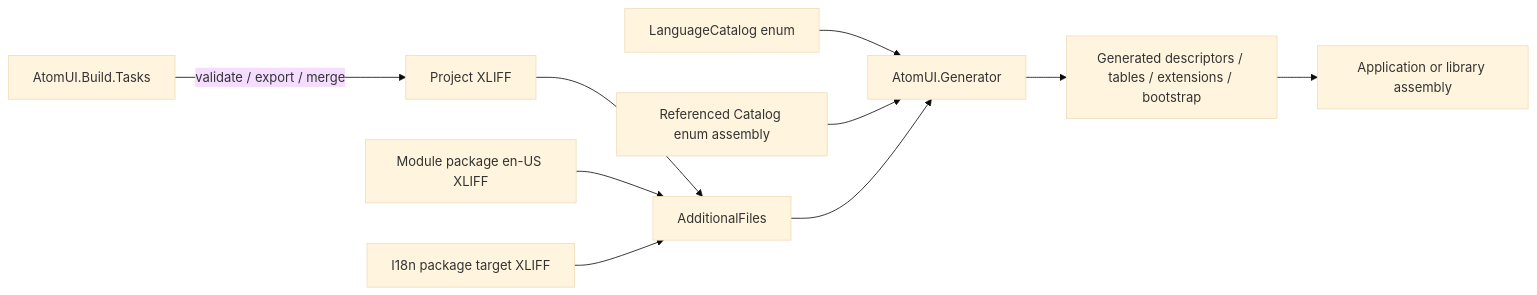
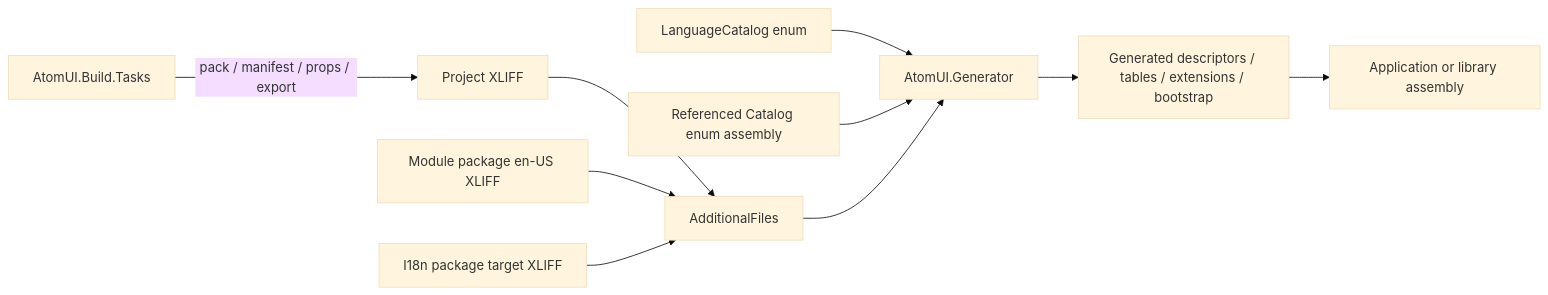
The diagram in docs/modules/localization/generation-and-build.md (chinware/AtomUI), drawn with Mermaid (base theme) before and after one commit. The commit also changed other lines of this file and 77 other files, not shown here.

Commit message:
refactor(Localization): update namespace for localization build tasks and adjust target states in XLIFF files

````diff
--- a/docs/modules/localization/generation-and-build.md
+++ b/docs/modules/localization/generation-and-build.md
@@ -9,12 +9,12 @@
 ```mermaid
 flowchart LR
     Enum["LanguageCatalog enum"] --> Generator["AtomUI.Generator"]
     Xlf["Project XLIFF"] --> Additional["AdditionalFiles"]
     ModulePack["Module package en-US XLIFF"] --> Additional
     Pack["I18n package target XLIFF"] --> Additional
     Reference["Referenced Catalog enum assembly"] --> Generator
     Additional --> Generator
-    Tasks["AtomUI.Build.Tasks"] -->|"validate / export / merge"| Xlf
+    Tasks["AtomUI.Build.Tasks"] -->|"pack / manifest / props / export"| Xlf
     Generator --> Source["Generated descriptors / tables / extensions / bootstrap"]
     Source --> Assembly["Application or library assembly"]
 ```
````
